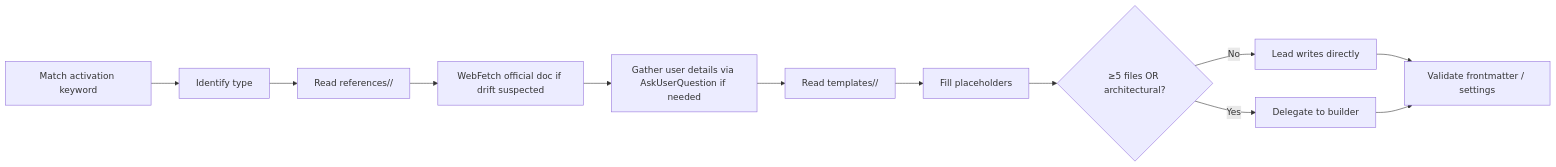
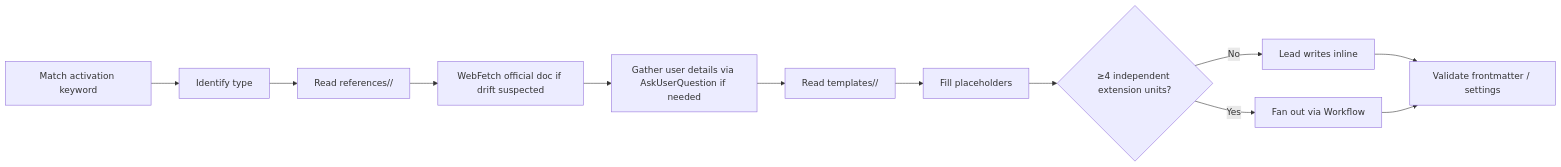
Before and after one commit to MaciWP/claude-code-poneglyph: the diagram in .claude/skills/meta-create/SKILL.md, drawn with Mermaid. The commit also changed other lines of this file and 18 other files, not shown here.

````diff
--- a/.claude/skills/meta-create/SKILL.md
+++ b/.claude/skills/meta-create/SKILL.md
@@ -54,14 +54,14 @@
 ```mermaid
 graph LR
   A[Match activation keyword] --> B[Identify type]
   B --> C[Read references/<type>/]
   C --> D[WebFetch official doc if drift suspected]
   D --> E[Gather user details via AskUserQuestion if needed]
   E --> F[Read templates/<type>/]
   F --> G[Fill placeholders]
-  G --> H{≥5 files OR architectural?}
-  H -->|No| I[Lead writes directly]
-  H -->|Yes| J[Delegate to builder]
+  G --> H{≥4 independent extension units?}
+  H -->|No| I[Lead writes inline]
+  H -->|Yes| J[Fan out via Workflow]
   I --> K[Validate frontmatter / settings]
   J --> K
 ```
````
